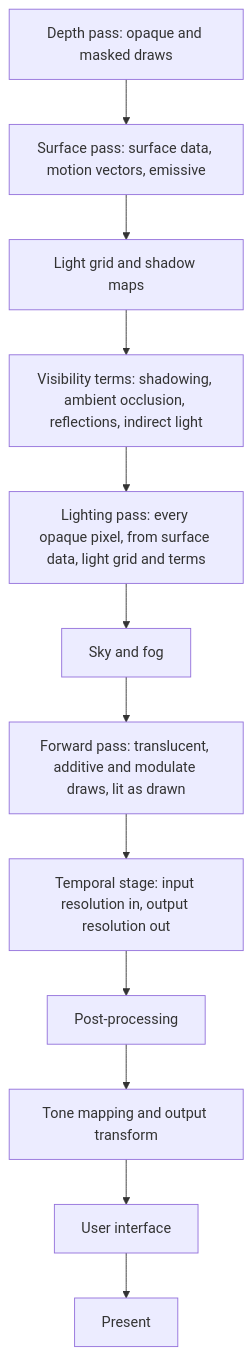
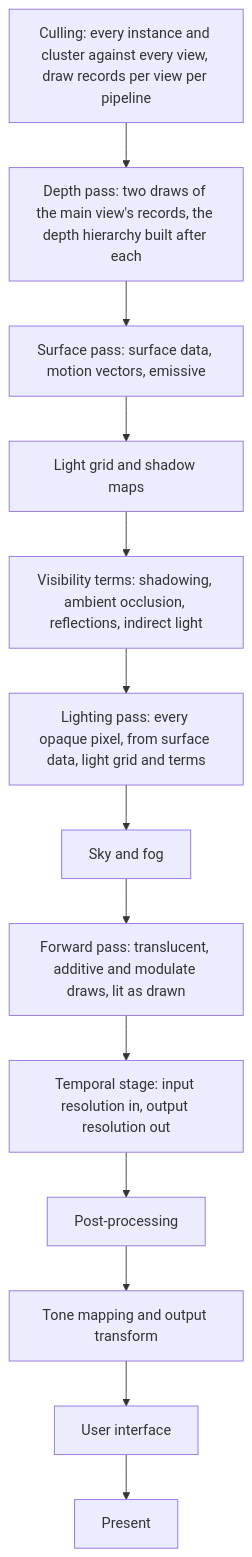
One commit to plainsight-systems/bullet-witch changed the second of 3 diagrams in docs/architecture/scene-renderer.md. Above: the diagram before and after it, drawn with Mermaid. The commit also changed other lines of this file and 4 other files, not shown here.

Commit message:
Describe the scene: instance records, two-stage two-phase culling, counted multi-draw per view

````diff
--- a/docs/architecture/scene-renderer.md
+++ b/docs/architecture/scene-renderer.md
@@ -76,14 +77,15 @@
 ```mermaid
 flowchart TD
-    DP["Depth pass: opaque and masked draws"] --> SP["Surface pass: surface data, motion vectors, emissive"]
+    CU["Culling: every instance and cluster against every view, draw records per view per pipeline"] --> DP["Depth pass: two draws of the main view's records, the depth hierarchy built after each"]
+    DP --> SP["Surface pass: surface data, motion vectors, emissive"]
     SP --> LG["Light grid and shadow maps"]
     LG --> VT["Visibility terms: shadowing, ambient occlusion, reflections, indirect light"]
     VT --> LP["Lighting pass: every opaque pixel, from surface data, light grid and terms"]
     LP --> SF["Sky and fog"]
     SF --> FP["Forward pass: translucent, additive and modulate draws, lit as drawn"]
     FP --> TS["Temporal stage: input resolution in, output resolution out"]
     TS --> PP["Post-processing"]
     PP --> TM["Tone mapping and output transform"]
     TM --> UI["User interface"]
     UI --> PR["Present"]
 ```
````
